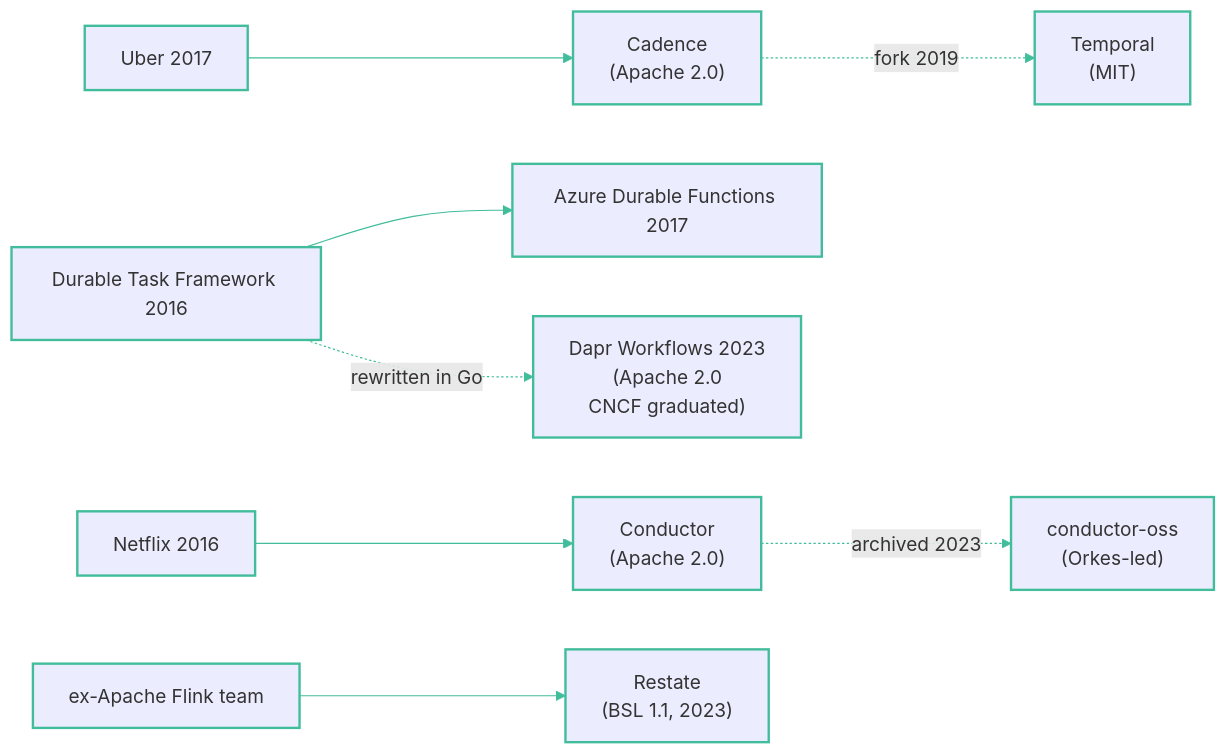
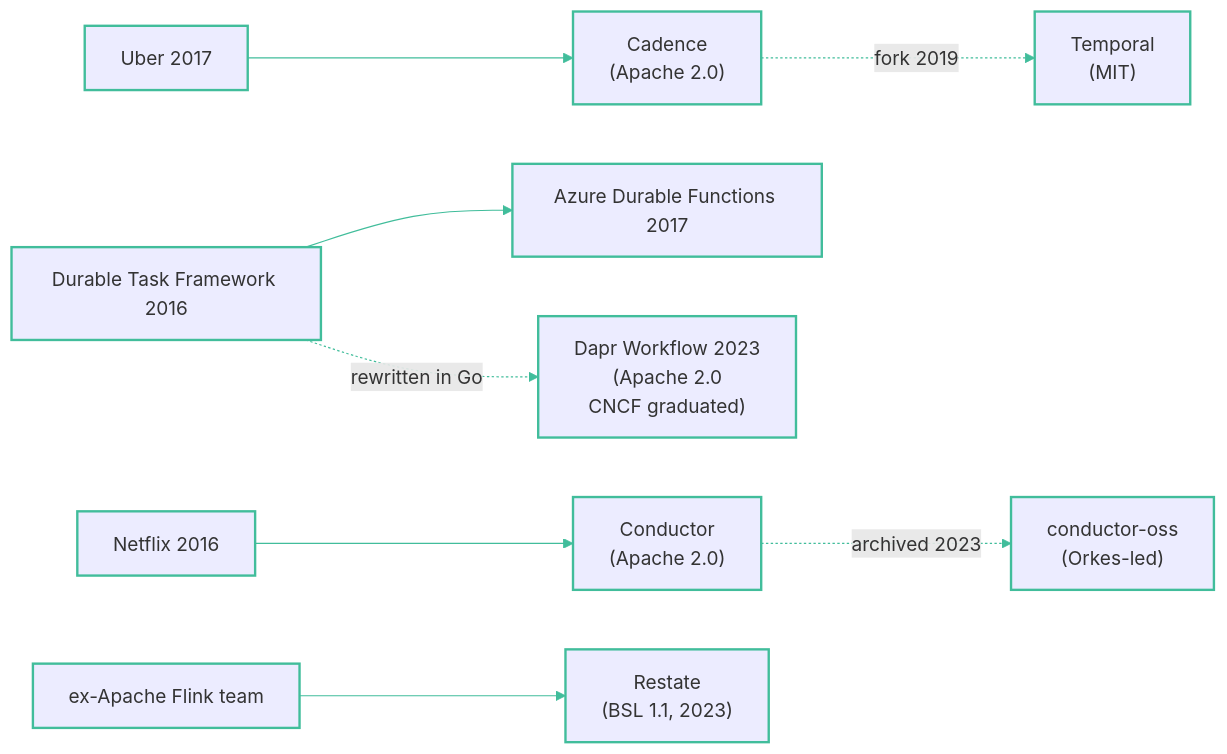
Before and after one commit to diagrid-labs/durable-execution-battle: the diagram in slides/00-open/05-lineage-map.md, drawn with Mermaid. The commit also changed 6 other files, not shown here.

Commit message:
Remove steps to speed up flow

````diff
--- a/slides/00-open/05-lineage-map.md
+++ b/slides/00-open/05-lineage-map.md
@@ -3,22 +3,22 @@
 ```mermaid
 graph LR
   Uber["Uber 2017"] --> Cadence["Cadence
   (Apache 2.0)"]
   Cadence -.fork 2019.-> Temporal["Temporal
   (MIT)"]
 
   DTFx["Durable Task Framework 2016"] --> MS["Azure Durable Functions 2017"] 
-  DTFx -."rewritten in Go".-> Dapr["Dapr Workflows 2023
+  DTFx -."rewritten in Go".-> Dapr["Dapr Workflow 2023
   (Apache 2.0
   CNCF graduated)"]
 
   Netflix["Netflix 2016"] --> Conductor["Conductor
   (Apache 2.0)"]
   Conductor -."archived 2023".-> ConductorOSS["conductor-oss
   (Orkes-led)"]
 
   Flink["ex-Apache Flink team"] --> Restate["Restate
   (BSL 1.1, 2023)"]
   classDef default stroke:#41bd9b,stroke-width:2px
   linkStyle default stroke:#41bd9b,stroke-width:1px
 ```
````
